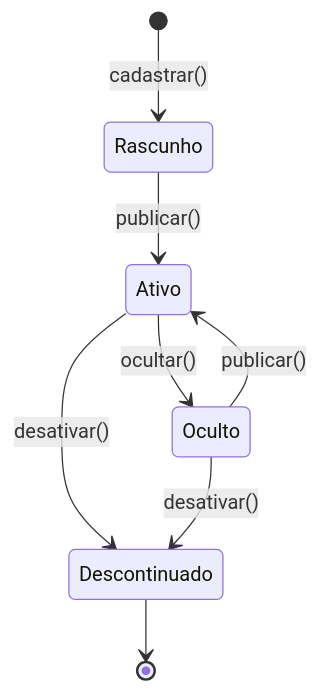
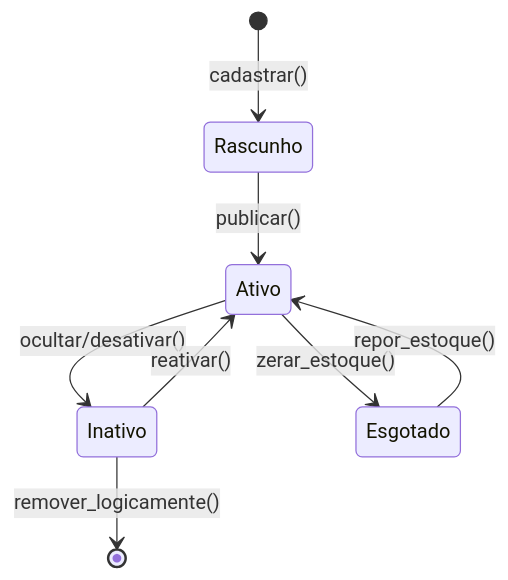
Before and after one commit to LuHenRe/Projeto-Revendedora-Atlantica-Natural: the diagram in docs/arquitetura/10-diagrama-estados.md, drawn with Mermaid. The commit also changed other lines of this file and 18 other files, not shown here.

````diff
--- a/docs/arquitetura/10-diagrama-estados.md
+++ b/docs/arquitetura/10-diagrama-estados.md
@@ -11,10 +8,10 @@
 ```mermaid
 stateDiagram-v2
     [*] --> Rascunho : cadastrar()
     Rascunho --> Ativo : publicar()
-    Ativo --> Oculto : ocultar()
-    Oculto --> Ativo : publicar()
-    Ativo --> Descontinuado : desativar()
-    Oculto --> Descontinuado : desativar()
-    Descontinuado --> [*]
+    Ativo --> Inativo : ocultar/desativar()
+    Inativo --> Ativo : reativar()
+    Inativo --> [*] : remover_logicamente()
+    Ativo --> Esgotado : zerar_estoque()
+    Esgotado --> Ativo : repor_estoque()
 ```
````
